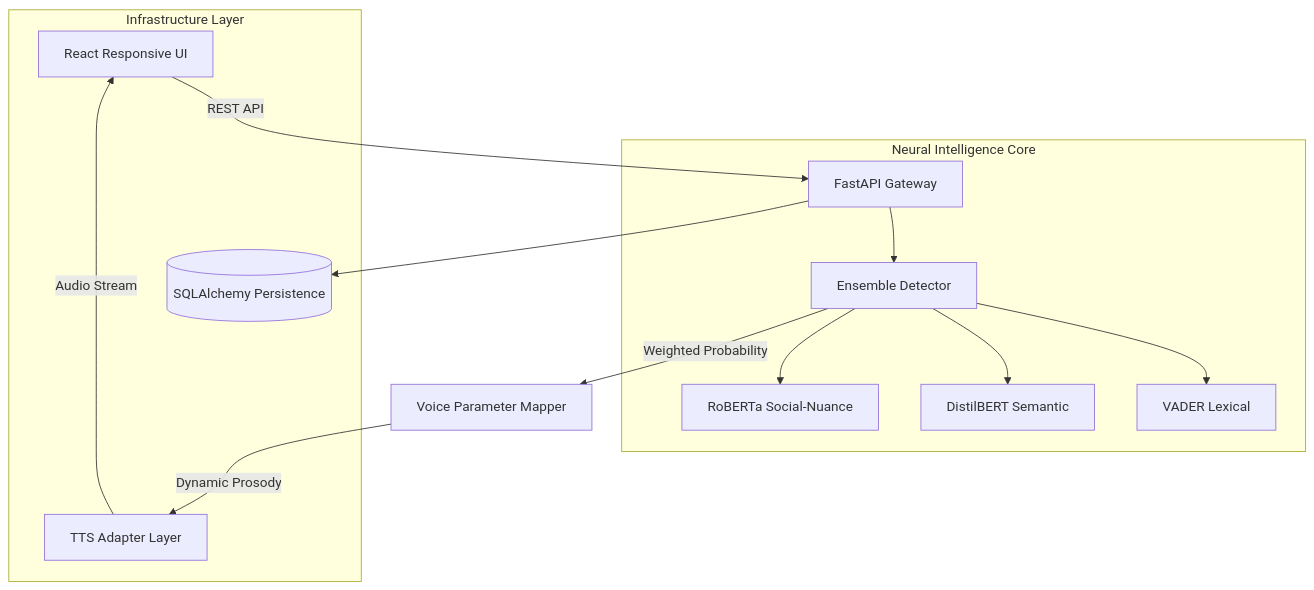
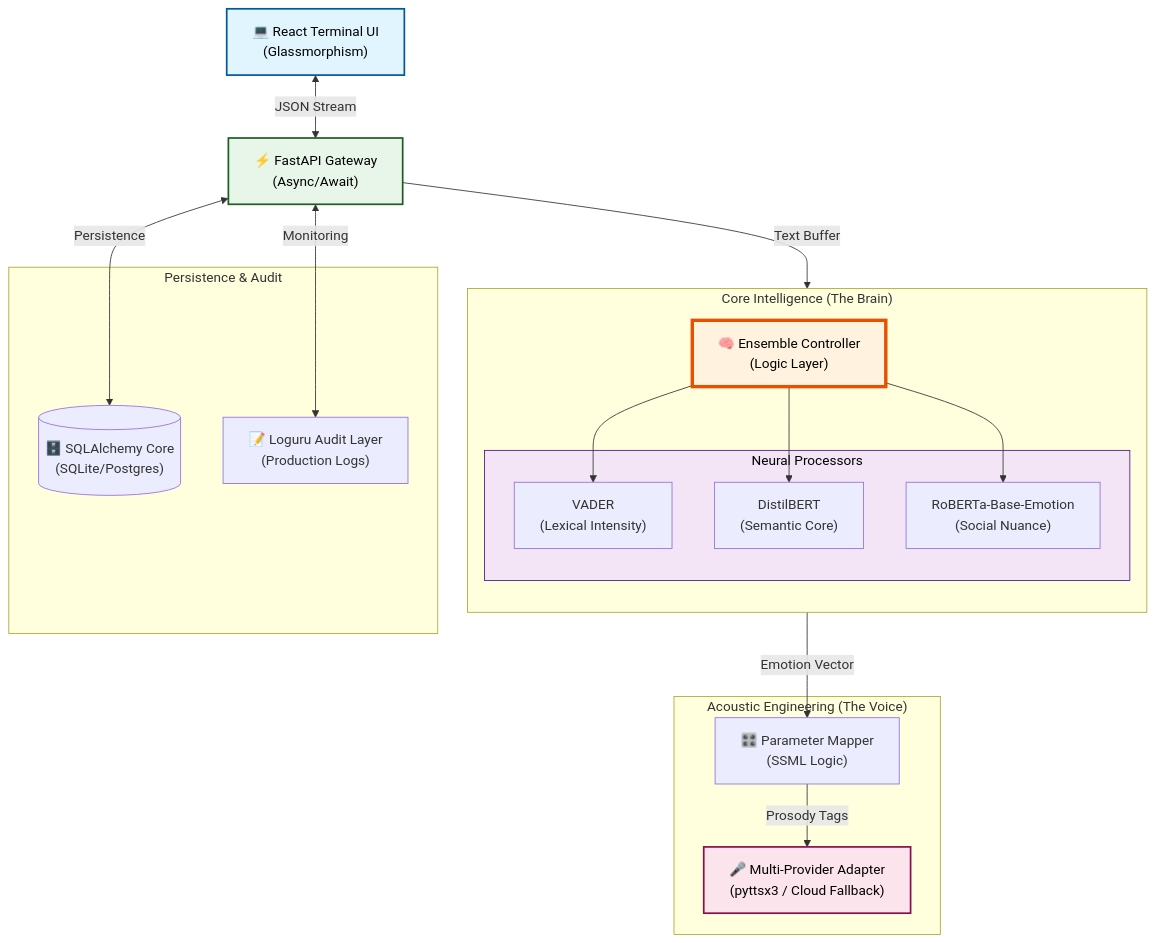
Before and after one commit to Kushagra3062/empathy-engine: the diagram in README.md, drawn with Mermaid. The commit also changed other lines of this file, not shown here.

Commit message:
docs: upgrade README to world-class Masterpiece status with advanced Mermaid styling

````diff
--- a/README.md
+++ b/README.md
@@ -47,19 +48,42 @@
 ```mermaid
-graph TD
-    UI[React Responsive UI] -->|REST API| API[FastAPI Gateway]
+graph TB
+    %% Nodes
+    UI["💻 React Terminal UI<br/>(Glassmorphism)"]
+    API["⚡ FastAPI Gateway<br/>(Async/Await)"]
     
-    subgraph "Neural Intelligence Core"
-        API --> ED[Ensemble Detector]
-        ED --> V[VADER Lexical]
-        ED --> D[DistilBERT Semantic]
-        ED --> R[RoBERTa Social-Nuance]
+    subgraph "Core Intelligence (The Brain)"
+        direction TB
+        ED["🧠 Ensemble Controller<br/>(Logic Layer)"]
+        subgraph NLP_Workers["Neural Processors"]
+            V["VADER<br/>(Lexical Intensity)"]
+            D["DistilBERT<br/>(Semantic Core)"]
+            R["RoBERTa-Base-Emotion<br/>(Social Nuance)"]
+        end
     end
-    
-    ED -->|Weighted Probability| VM[Voice Parameter Mapper]
-    VM -->|Dynamic Prosody| provider[TTS Adapter Layer]
-    
-    subgraph "Infrastructure Layer"
-        API --> DB[(SQLAlchemy Persistence)]
-        provider -->|Audio Stream| UI
+
+    subgraph "Acoustic Engineering (The Voice)"
+        VM["🎛️ Parameter Mapper<br/>(SSML Logic)"]
+        TTS["🎤 Multi-Provider Adapter<br/>(pyttsx3 / Cloud Fallback)"]
     end
+
+    subgraph "Persistence & Audit"
+        DB[("🗄️ SQLAlchemy Core<br/>(SQLite/Postgres)")]
+        LOG["📝 Loguru Audit Layer<br/>(Production Logs)"]
+    end
+
+    %% Styling
+    style UI fill:#e1f5fe,stroke:#01579b,stroke-width:2px,color:#000
+    style API fill:#e8f5e9,stroke:#1b5e20,stroke-width:2px,color:#000
+    style ED fill:#fff3e0,stroke:#e65100,stroke-width:4px,color:#000
+    style NLP_Workers fill:#f3e5f5,stroke:#4a148c,stroke-width:1px,color:#000
+    style TTS fill:#fce4ec,stroke:#880e4f,stroke-width:2px,color:#000
+
+    %% Connections
+    UI <-->|JSON Stream| API
+    API -->|Text Buffer| ED
+    ED --> V & D & R
+    ED -->|Emotion Vector| VM
+    VM -->|Prosody Tags| TTS
+    API <-->|Persistence| DB
+    API <-->|Monitoring| LOG
 ```
````
